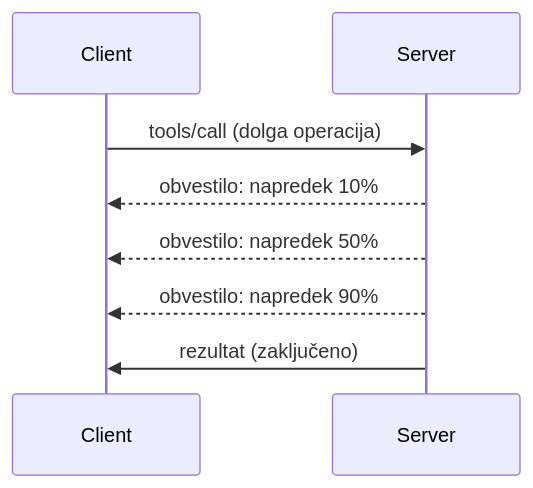
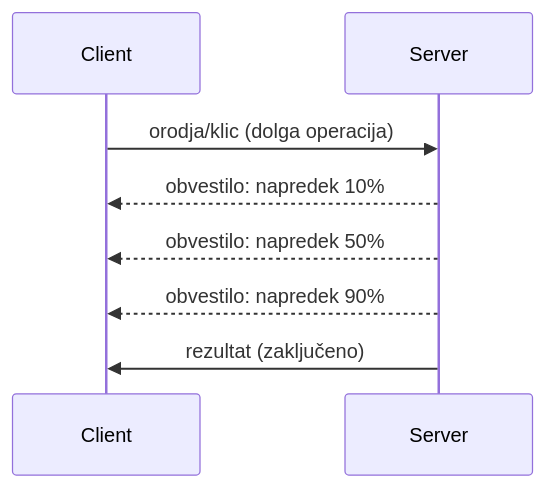
One commit to HIDORAKAI002/ai-workspace-archive changed the diagram in mcp_ecosystem__model_context_protocol/mcp_learning_resources/mcp-for-beginners/translations/sl/05-AdvancedTopics/mcp-protocol-features/README.md. Above: the diagram before and after it, drawn with Mermaid. The commit also changed other lines of this file and 1046 other files, not shown here.

````diff
--- a/mcp_ecosystem__model_context_protocol/mcp_learning_resources/mcp-for-beginners/translations/sl/05-AdvancedTopics/mcp-protocol-features/README.md
+++ b/mcp_ecosystem__model_context_protocol/mcp_learning_resources/mcp-for-beginners/translations/sl/05-AdvancedTopics/mcp-protocol-features/README.md
@@ -22,11 +24,11 @@
 ```mermaid
 sequenceDiagram
     participant Client
     participant Server
     
-    Client->>Server: tools/call (dolga operacija)
+    Client->>Server: orodja/klic (dolga operacija)
     Server-->>Client: obvestilo: napredek 10%
     Server-->>Client: obvestilo: napredek 50%
     Server-->>Client: obvestilo: napredek 90%
     Server->>Client: rezultat (zaključeno)
 ```
````
